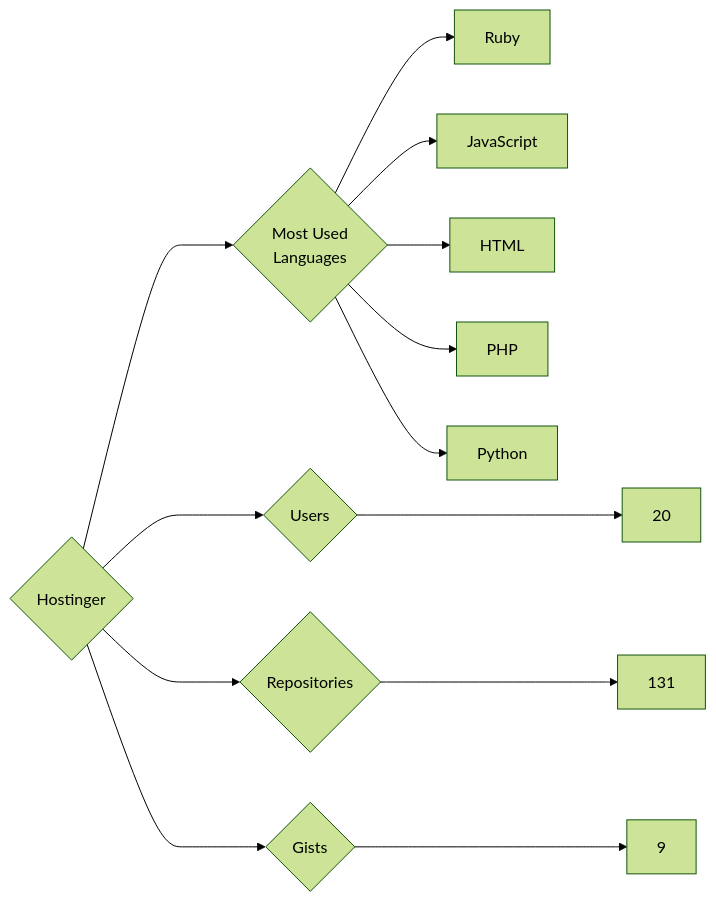
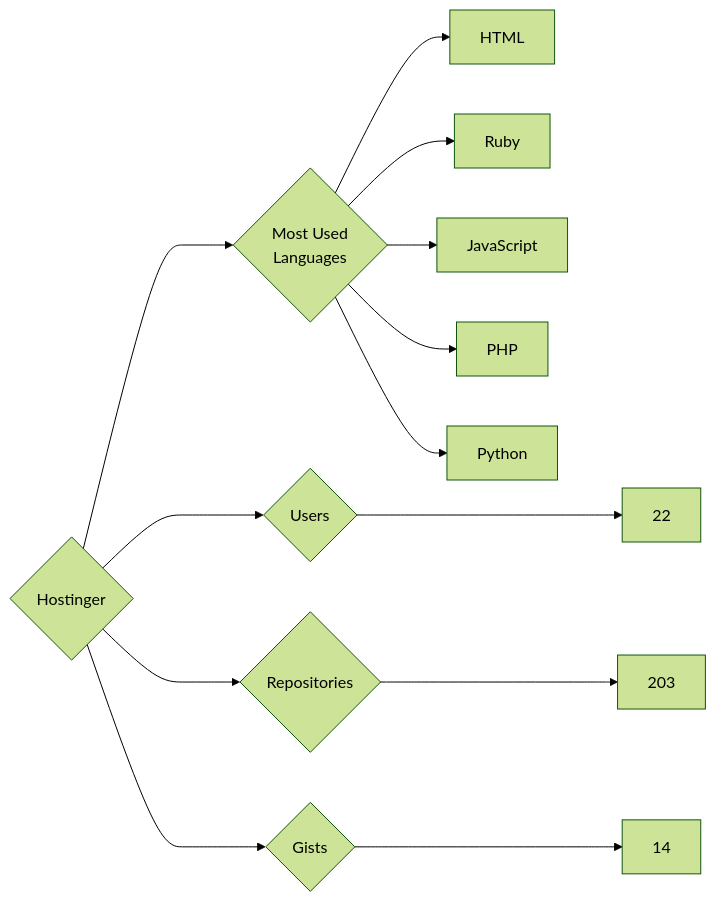
The diagram in targets/Hostinger/README.md (trickest/insiders), drawn with Mermaid (forest theme) before and after one commit. The commit also changed 838 other files, not shown here.

````diff
--- a/targets/Hostinger/README.md
+++ b/targets/Hostinger/README.md
@@ -3,13 +3,13 @@
 ```mermaid
 graph LR
 COMPANY_NAME{Hostinger}
-COMPANY_NAME ---> U{Users} ---> UN[20]
-COMPANY_NAME ---> R{Repositories} ---> RN[131]
-COMPANY_NAME ---> G{Gists} ---> GN[9]
+COMPANY_NAME ---> U{Users} ---> UN[22]
+COMPANY_NAME ---> R{Repositories} ---> RN[203]
+COMPANY_NAME ---> G{Gists} ---> GN[14]
 COMPANY_NAME ---> ML{Most Used<br>Languages}
+ML --> HTML[HTML]
 ML --> Ruby[Ruby]
 ML --> JavaScript[JavaScript]
-ML --> HTML[HTML]
 ML --> PHP[PHP]
 ML --> Python[Python]
 ```
````
